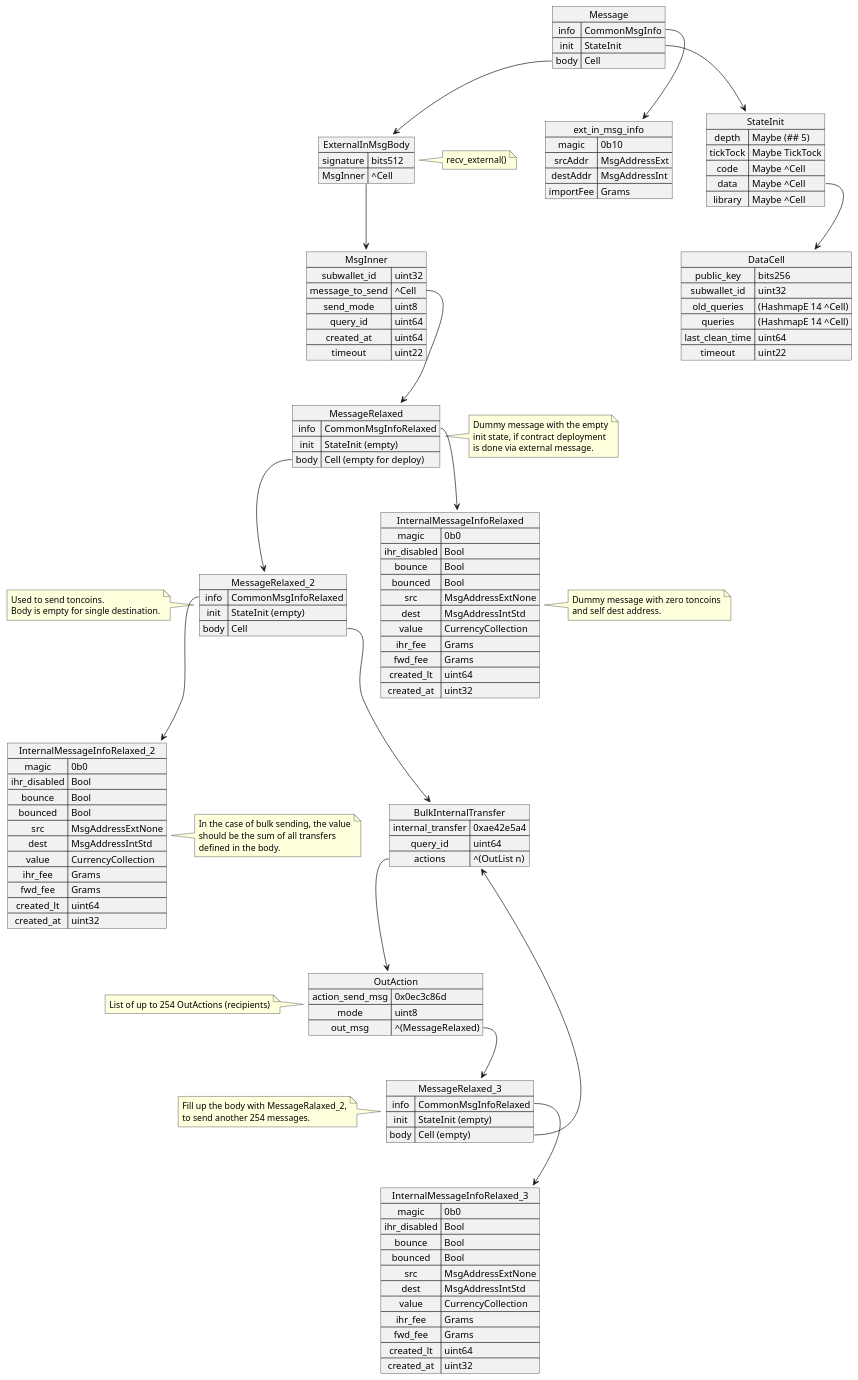
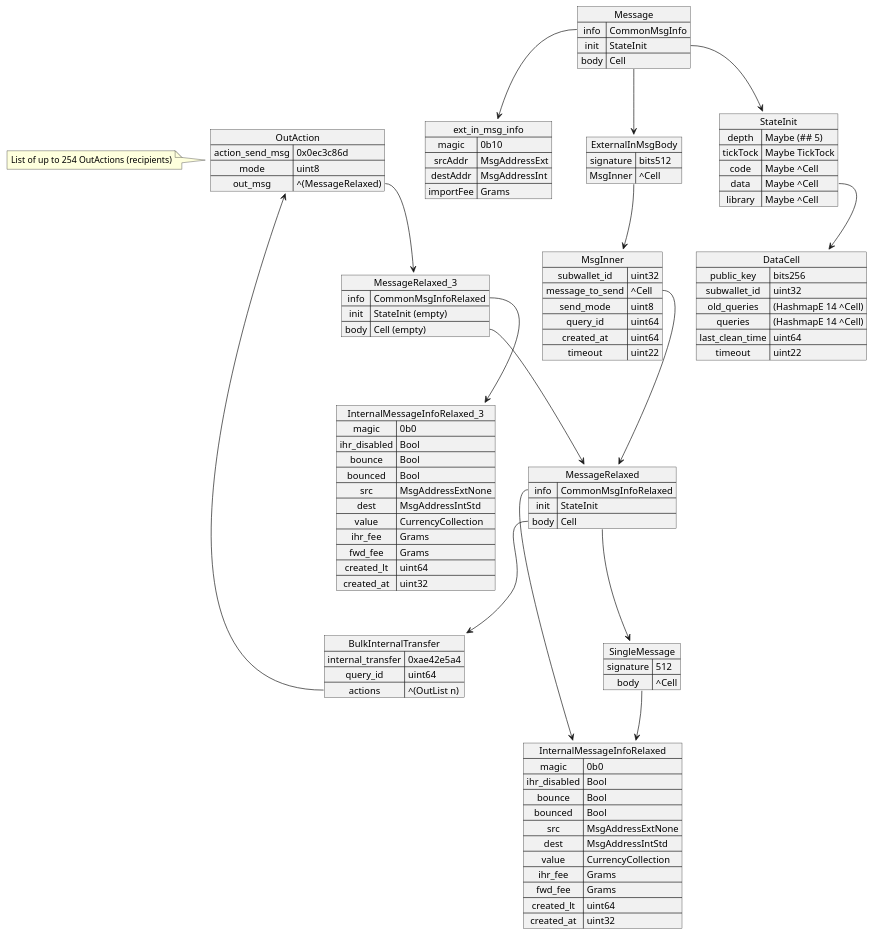
The diagram in smartcontract/highload-v3.puml (neodix42/ton4j), drawn with PlantUML before and after one commit. The commit also changed 2 other files, not shown here.

Commit message:
rework smc; adjust HighloadWalletV3 UML diagram

```diff
--- a/smartcontract/highload-v3.puml
+++ b/smartcontract/highload-v3.puml
@@ -1,169 +1,126 @@
 @startuml
 map Message {
   info => CommonMsgInfo
   init => StateInit
   body => Cell
 }
 
 map ext_in_msg_info {
     magic => 0b10
     srcAddr => MsgAddressExt
     destAddr => MsgAddressInt
     importFee => Grams
 }
 
 map StateInit {
    depth => Maybe (## 5)
    tickTock => Maybe TickTock
    code=>Maybe ^Cell
    data=>Maybe ^Cell
    library=>Maybe ^Cell
 }
 
 map DataCell {
    public_key => bits256
    subwallet_id => uint32
    old_queries => (HashmapE 14 ^Cell)
    queries => (HashmapE 14 ^Cell)
    last_clean_time => uint64
    timeout => uint22
 }
 
 map ExternalInMsgBody {
    signature => bits512
    MsgInner => ^Cell
 }
 
 map MsgInner {
  subwallet_id => uint32
  message_to_send => ^Cell
  send_mode => uint8
  query_id => uint64
  created_at => uint64
  timeout => uint22
 }
 
 map InternalMessageInfoRelaxed {
  magic => 0b0
  ihr_disabled => Bool
  bounce => Bool
  bounced => Bool
  src => MsgAddressExtNone
  dest => MsgAddressIntStd
  value => CurrencyCollection
  ihr_fee => Grams
  fwd_fee => Grams
  created_lt => uint64
  created_at => uint32
 }
 
 map MessageRelaxed {
   info => CommonMsgInfoRelaxed
-  init => StateInit (empty)
-  body => Cell (empty for deploy)
-}
-
-map MessageRelaxed_2 {
-  info => CommonMsgInfoRelaxed
-  init => StateInit (empty)
+  init => StateInit
   body => Cell
 }
 
-map InternalMessageInfoRelaxed_2 {
- magic => 0b0
- ihr_disabled => Bool
- bounce => Bool
- bounced => Bool
- src => MsgAddressExtNone
- dest => MsgAddressIntStd
- value => CurrencyCollection
- ihr_fee => Grams
- fwd_fee => Grams
- created_lt => uint64
- created_at => uint32
+map SingleMessage {
+  signature => 512
+  body => ^Cell
 }
+
 
 map BulkInternalTransfer {
   internal_transfer => 0xae42e5a4
   query_id =>uint64
   actions  => ^(OutList n)
 }
 
 map OutAction {
   action_send_msg => 0x0ec3c86d
   mode => uint8
   out_msg => ^(MessageRelaxed)
 }
 
 map MessageRelaxed_3 {
   info => CommonMsgInfoRelaxed
   init => StateInit (empty)
   body => Cell (empty)
 }
 
 map InternalMessageInfoRelaxed_3 {
  magic => 0b0
  ihr_disabled => Bool
  bounce => Bool
  bounced => Bool
  src => MsgAddressExtNone
  dest => MsgAddressIntStd
  value => CurrencyCollection
  ihr_fee => Grams
  fwd_fee => Grams
  created_lt => uint64
  created_at => uint32
 }
 
 
 Message::info --> ext_in_msg_info
 Message::init --> StateInit
 StateInit::data --> DataCell
 Message::body --> ExternalInMsgBody
 ExternalInMsgBody::MsgInner --> MsgInner
 MsgInner::message_to_send  --> MessageRelaxed
 MessageRelaxed::info --> InternalMessageInfoRelaxed
-MessageRelaxed::body --> MessageRelaxed_2
-MessageRelaxed_2::info --> InternalMessageInfoRelaxed_2
-MessageRelaxed_2::body --> BulkInternalTransfer
+
+
+MessageRelaxed::body --> BulkInternalTransfer
+MessageRelaxed::body --> SingleMessage
+SingleMessage::body -->InternalMessageInfoRelaxed
 BulkInternalTransfer::actions --> OutAction
 OutAction::out_msg --> MessageRelaxed_3
 MessageRelaxed_3::info --> InternalMessageInfoRelaxed_3
-MessageRelaxed_3::body --> BulkInternalTransfer
-
-note right of ExternalInMsgBody
-  recv_external()
-end note
-
-note right of MessageRelaxed
-  Dummy message with the empty
-  init state, if contract deployment
-  is done via external message.
-end note
-
-note right of InternalMessageInfoRelaxed
- Dummy message with zero toncoins
- and self dest address.
-end note
-
-note left of MessageRelaxed_2
-  Used to send toncoins.
-  Body is empty for single destination.
-end note
-
-note right of InternalMessageInfoRelaxed_2
-  In the case of bulk sending, the value
-  should be the sum of all transfers
-  defined in the body.
-end note
+MessageRelaxed_3::body --> MessageRelaxed
 
 note left of OutAction
   List of up to 254 OutActions (recipients)
 end note
 
-note left of MessageRelaxed_3
-  Fill up the body with MessageRalaxed_2,
-  to send another 254 messages.
-end note
-
 @enduml
```
